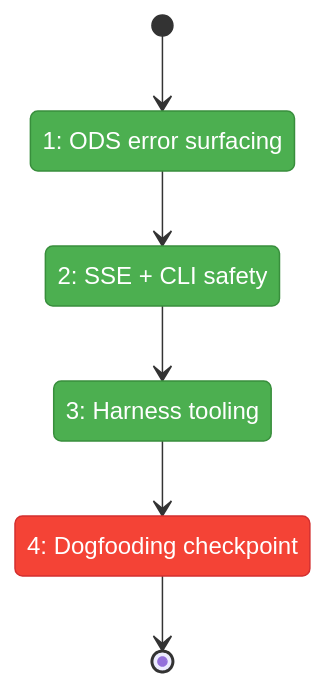
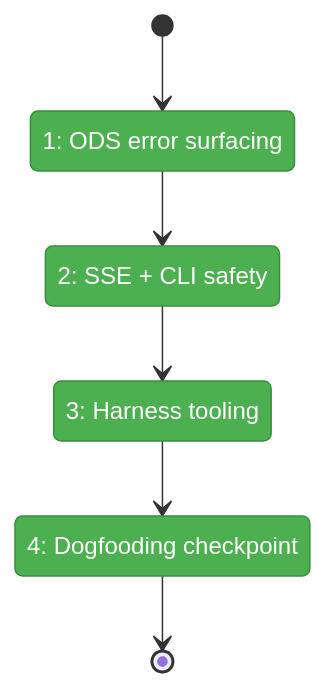
One commit to AI-Substrate/chainglass changed the first of 2 diagrams in docs/plans/076-harness-workflow-runner/tasks/phase-1-fix-execution-blockers/tasks.fltplan.md. Above: the diagram before and after it, drawn with Mermaid. The commit also changed other lines of this file and 990 other files, not shown here.

````diff
--- a/docs/plans/076-harness-workflow-runner/tasks/phase-1-fix-execution-blockers/tasks.fltplan.md
+++ b/docs/plans/076-harness-workflow-runner/tasks/phase-1-fix-execution-blockers/tasks.fltplan.md
@@ -41,21 +41,20 @@
 ```mermaid
 stateDiagram-v2
     classDef pending fill:#9E9E9E,stroke:#757575,color:#fff
     classDef active fill:#FFC107,stroke:#FFA000,color:#000
     classDef done fill:#4CAF50,stroke:#388E3C,color:#fff
     classDef blocked fill:#F44336,stroke:#D32F2F,color:#fff
 
     state "1: ODS error surfacing" as S1
     state "2: SSE + CLI safety" as S2
     state "3: Harness tooling" as S3
     state "4: Dogfooding checkpoint" as S4
 
     [*] --> S1
     S1 --> S2
     S2 --> S3
     S3 --> S4
     S4 --> [*]
 
-    class S1,S2,S3 done
-    class S4 blocked
+    class S1,S2,S3,S4 done
 ```
````
